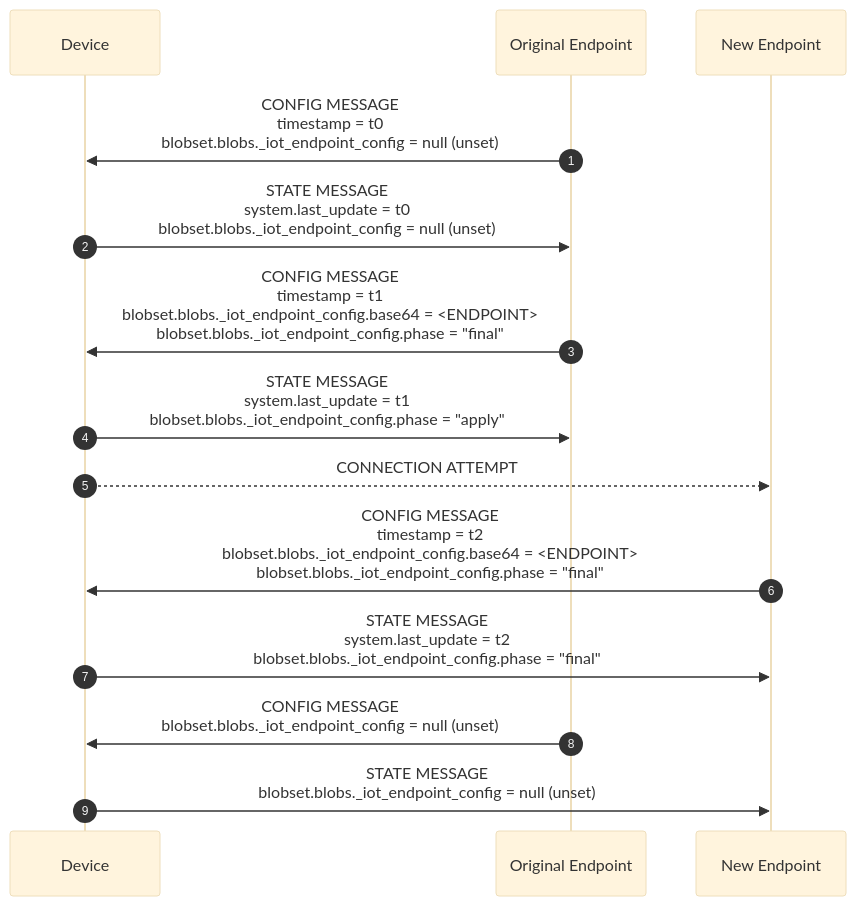
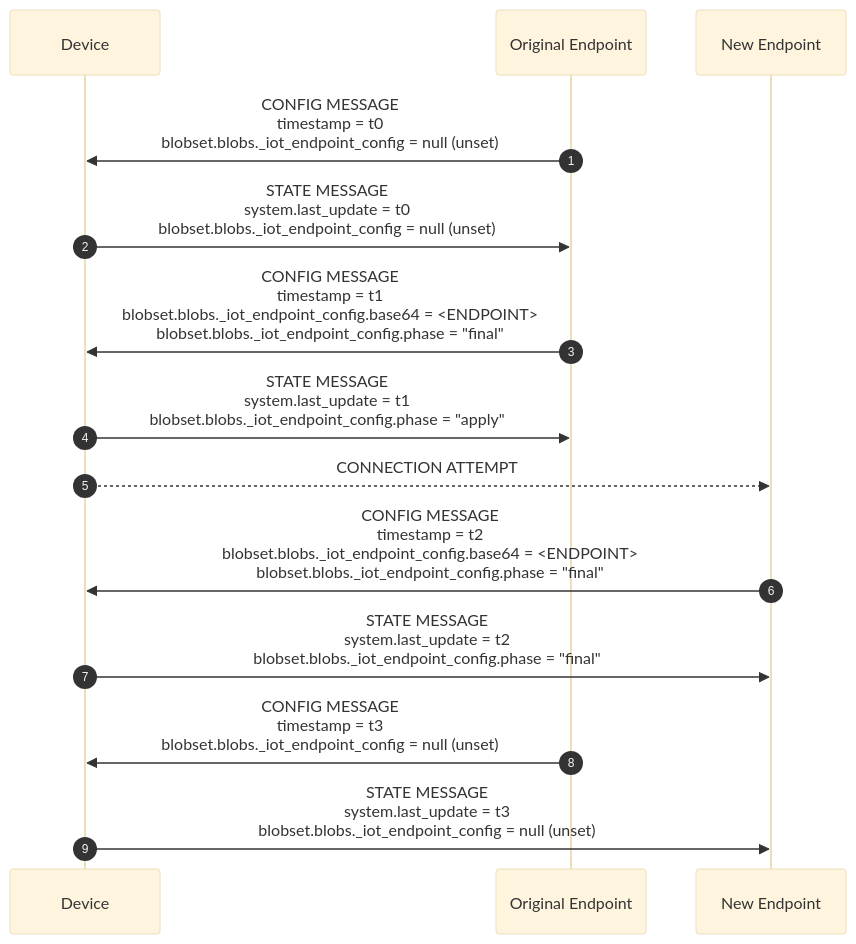
Before and after one commit to faucetsdn/udmi: the first of 2 diagrams in docs/specs/sequences/endpoint_reconfiguration.md, drawn with Mermaid (base theme).

Commit message:
last timestamp

````diff
--- a/docs/specs/sequences/endpoint_reconfiguration.md
+++ b/docs/specs/sequences/endpoint_reconfiguration.md
@@ -20,17 +20,17 @@
 ```mermaid
 %%{wrap}%%
 sequenceDiagram
     autonumber
     participant D as Device
     participant E as Original Endpoint
     participant E' as New Endpoint
     E->>D:CONFIG MESSAGE<br>timestamp = t0<br/>blobset.blobs._iot_endpoint_config = null (unset)
     D->>E:STATE MESSAGE<br/>system.last_update = t0<br/>blobset.blobs._iot_endpoint_config = null (unset)
     E->>D:CONFIG MESSAGE<br>timestamp = t1<br/>blobset.blobs._iot_endpoint_config.base64 = <ENDPOINT><br>blobset.blobs._iot_endpoint_config.phase = "final"
     D->>E:STATE MESSAGE<br/>system.last_update = t1<br/>blobset.blobs._iot_endpoint_config.phase = "apply"
     D-->>E':CONNECTION ATTEMPT
     E'->>D:CONFIG MESSAGE<br>timestamp = t2<br/>blobset.blobs._iot_endpoint_config.base64 = <ENDPOINT><br>blobset.blobs._iot_endpoint_config.phase = "final"
     D->>E':STATE MESSAGE<br/>system.last_update = t2<br/>blobset.blobs._iot_endpoint_config.phase = "final"
-    E->>D:CONFIG MESSAGE<br>blobset.blobs._iot_endpoint_config = null (unset)
-    D->>E':STATE MESSAGE<BR>blobset.blobs._iot_endpoint_config = null (unset)
+    E->>D:CONFIG MESSAGE<br/>timestamp = t3<br/>blobset.blobs._iot_endpoint_config = null (unset)
+    D->>E':STATE MESSAGE<br/>system.last_update = t3<br/>blobset.blobs._iot_endpoint_config = null (unset)
 ```
````
